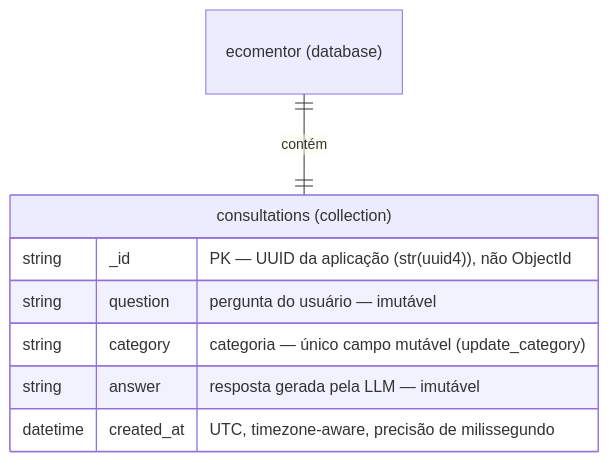
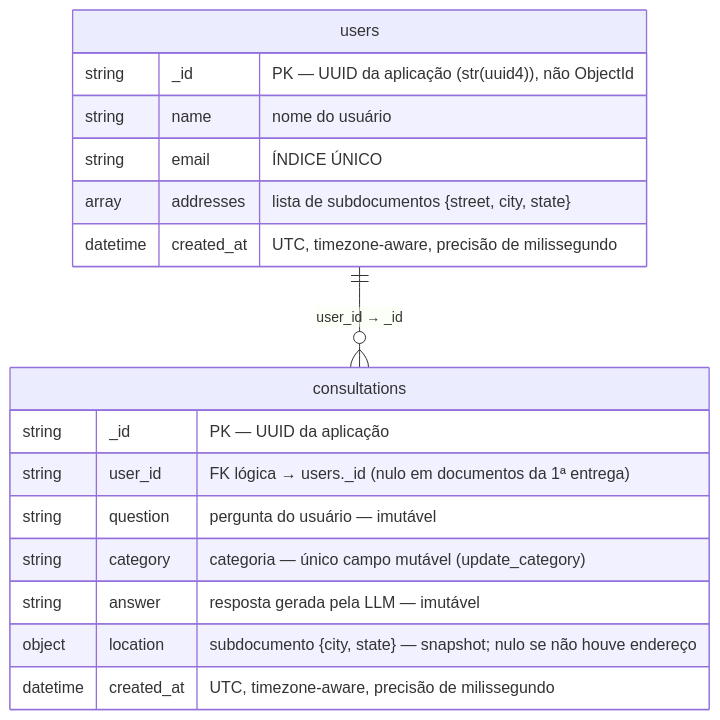
Before and after one commit to BrenoNosima/AEP-ESOFT6S-NA-6-SEMESTRE: the second of 2 diagrams in backend/docs/DocMongoDB.md, drawn with Mermaid. The commit also changed other lines of this file, not shown here.

````diff
--- a/backend/docs/DocMongoDB.md
+++ b/backend/docs/DocMongoDB.md
@@ -71,11 +112,20 @@
 ```mermaid
 erDiagram
-    "ecomentor (database)" ||--|| "consultations (collection)" : contém
-    "consultations (collection)" {
-        string   _id        "PK — UUID da aplicação (str(uuid4)), não ObjectId"
-        string   question   "pergunta do usuário — imutável"
-        string   category   "categoria — único campo mutável (update_category)"
+    users ||--o{ consultations : "user_id → _id"
+    users {
+        string   _id         "PK — UUID da aplicação (str(uuid4)), não ObjectId"
+        string   name        "nome do usuário"
+        string   email       "ÍNDICE ÚNICO"
+        array    addresses   "lista de subdocumentos {street, city, state}"
+        datetime created_at  "UTC, timezone-aware, precisão de milissegundo"
+    }
+    consultations {
+        string   _id         "PK — UUID da aplicação"
+        string   user_id     "FK lógica → users._id (nulo em documentos da 1ª entrega)"
+        string   question    "pergunta do usuário — imutável"
+        string   category    "categoria — único campo mutável (update_category)"
         string   answer      "resposta gerada pela LLM — imutável"
+        object   location    "subdocumento {city, state} — snapshot; nulo se não houve endereço"
         datetime created_at  "UTC, timezone-aware, precisão de milissegundo"
     }
 ```
````
